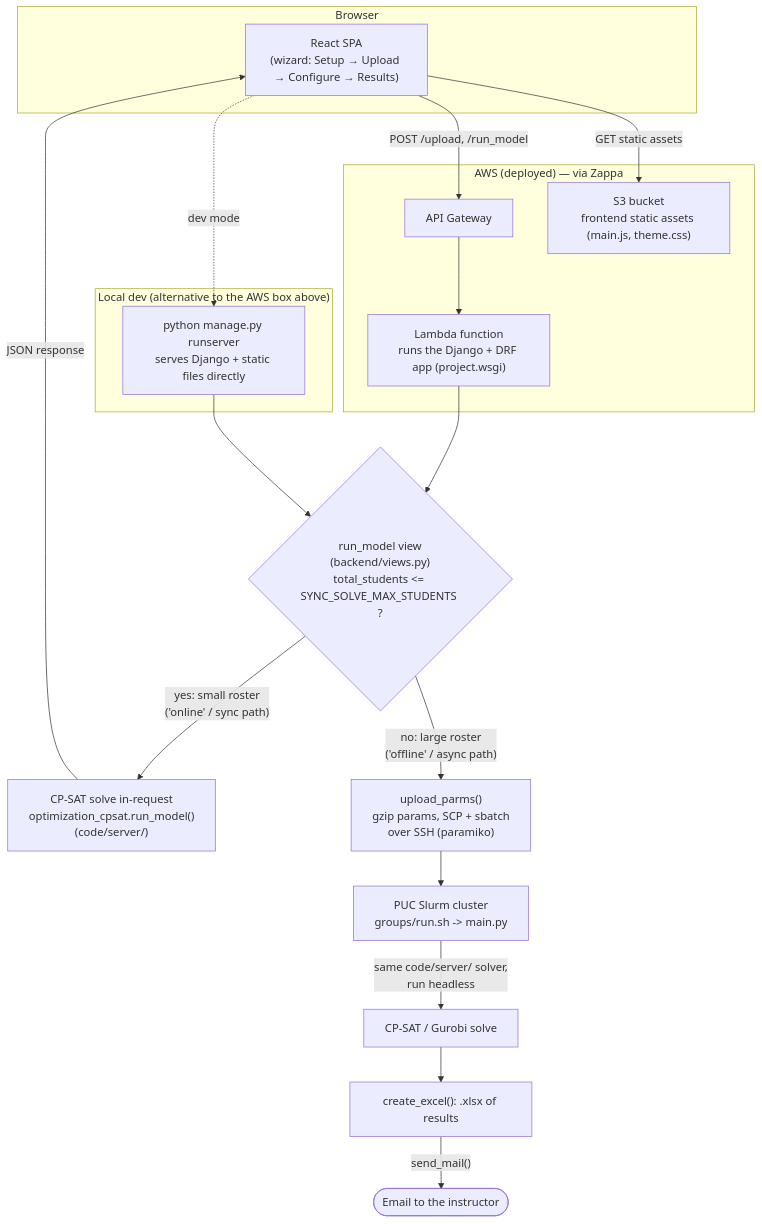
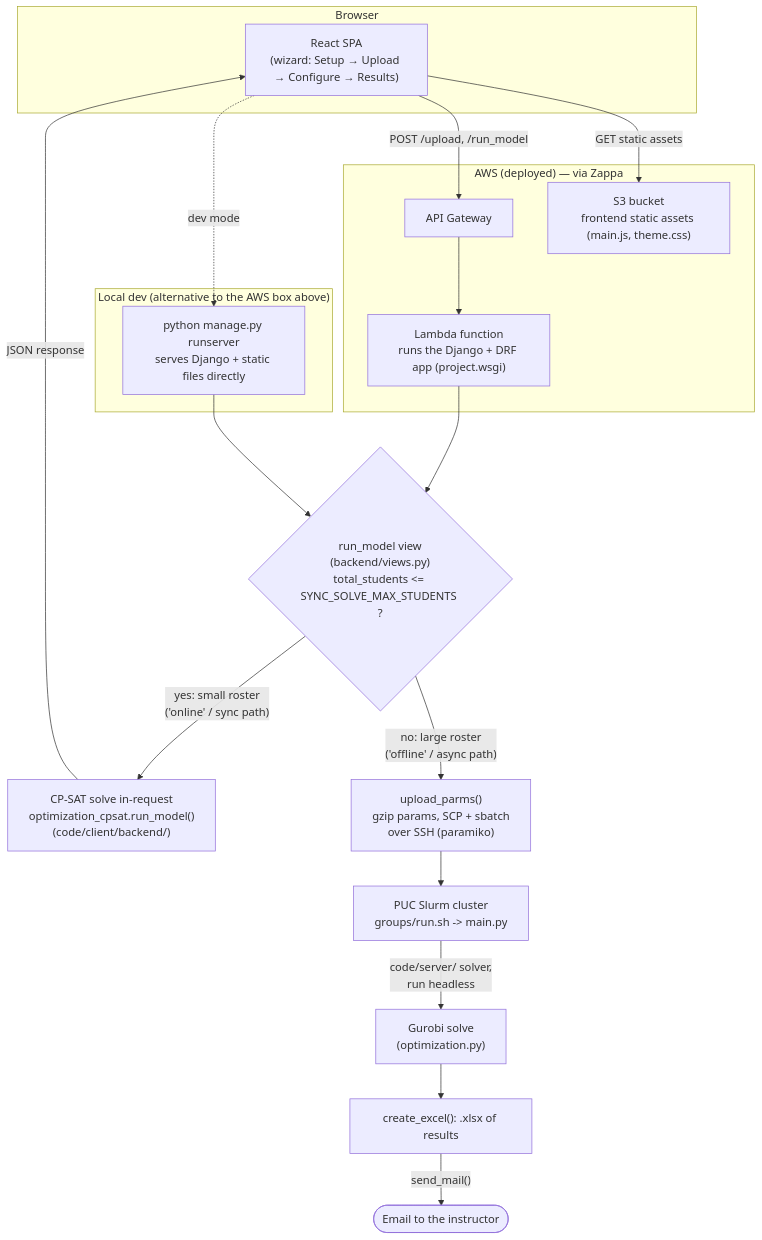
The diagram in docs/ARCHITECTURE.md (nlvargas/MATE), drawn with Mermaid before and after one commit. The commit also changed other lines of this file and 6 other files, not shown here.

````diff
--- a/docs/ARCHITECTURE.md
+++ b/docs/ARCHITECTURE.md
@@ -62,33 +68,33 @@
 ```mermaid
 flowchart TB
     subgraph Client["Browser"]
         SPA["React SPA<br/>(wizard: Setup → Upload → Configure → Results)"]
     end
 
     subgraph Hosting["AWS (deployed) — via Zappa"]
         APIGW["API Gateway"]
         Lambda["Lambda function<br/>runs the Django + DRF app (project.wsgi)"]
         S3["S3 bucket<br/>frontend static assets (main.js, theme.css)"]
     end
 
     subgraph LocalDev["Local dev (alternative to the AWS box above)"]
         RunServer["python manage.py runserver<br/>serves Django + static files directly"]
     end
 
     SPA -->|"GET static assets"| S3
     SPA -->|"POST /upload, /run_model"| APIGW
     APIGW --> Lambda
     SPA -.->|"dev mode"| RunServer
 
     Lambda --> RunModel{"run_model view<br/>(backend/views.py)<br/>total_students <= SYNC_SOLVE_MAX_STUDENTS ?"}
     RunServer --> RunModel
 
-    RunModel -->|"yes: small roster<br/>('online' / sync path)"| SolveSync["CP-SAT solve in-request<br/>optimization_cpsat.run_model()<br/>(code/server/)"]
+    RunModel -->|"yes: small roster<br/>('online' / sync path)"| SolveSync["CP-SAT solve in-request<br/>optimization_cpsat.run_model()<br/>(code/client/backend/)"]
     SolveSync -->|"JSON response"| SPA
 
     RunModel -->|"no: large roster<br/>('offline' / async path)"| Upload["upload_parms()<br/>gzip params, SCP + sbatch<br/>over SSH (paramiko)"]
     Upload --> Cluster["PUC Slurm cluster<br/>groups/run.sh -> main.py"]
-    Cluster -->|"same code/server/ solver,<br/>run headless"| SolveAsync["CP-SAT / Gurobi solve"]
+    Cluster -->|"code/server/ solver,<br/>run headless"| SolveAsync["Gurobi solve<br/>(optimization.py)"]
     SolveAsync --> Excel["create_excel(): .xlsx of results"]
     Excel -->|"send_mail()"| Email(["Email to the instructor"])
 ```
````
